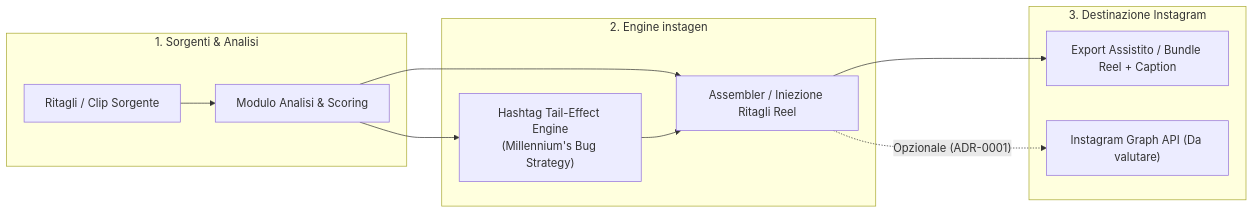
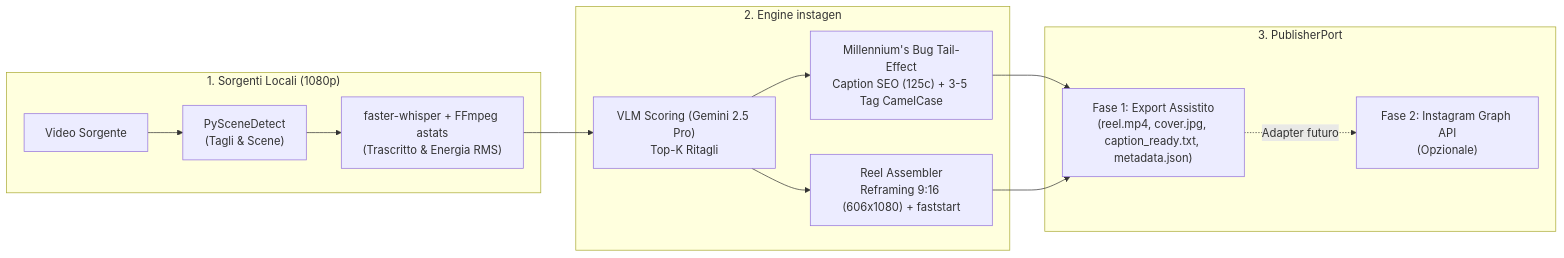
Before and after one commit to Noobucodonosor/instagen: the diagram in docs/adr/README.md, drawn with Mermaid. The commit also changed other lines of this file and 2 other files, not shown here.

Commit message:
docs(TASK-CORE-01): accept ADR-0001 core architecture and close discovery (closes #1)

````diff
--- a/docs/adr/README.md
+++ b/docs/adr/README.md
@@ -17,24 +17,26 @@
 ```mermaid
 flowchart LR
-  subgraph Input["1. Sorgenti & Analisi"]
-    SRC["Ritagli / Clip Sorgente"]
-    ANL["Modulo Analisi & Scoring"]
+  subgraph Input["1. Sorgenti Locali (1080p)"]
+    SRC["Video Sorgente"]
+    SEG["PySceneDetect\n(Tagli & Scene)"]
+    AUD["faster-whisper + FFmpeg astats\n(Trascritto & Energia RMS)"]
   end
 
   subgraph Core["2. Engine instagen"]
-    HASH["Hashtag Tail-Effect Engine\n(Millennium's Bug Strategy)"]
-    EDIT["Assembler / Iniezione Ritagli Reel"]
+    VLM["VLM Scoring (Gemini 2.5 Pro)\nTop-K Ritagli"]
+    HASH["Millennium's Bug Tail-Effect\nCaption SEO (125c) + 3-5 Tag CamelCase"]
+    EDIT["Reel Assembler\nReframing 9:16 (606x1080) + faststart"]
   end
 
-  subgraph Output["3. Destinazione Instagram"]
-    EXP["Export Assistito / Bundle Reel + Caption"]
-    API["Instagram Graph API (Da valutare)"]
+  subgraph Output["3. PublisherPort"]
+    EXP["Fase 1: Export Assistito\n(reel.mp4, cover.jpg, caption_ready.txt, metadata.json)"]
+    API["Fase 2: Instagram Graph API\n(Opzionale)"]
   end
 
-  SRC --> ANL
-  ANL --> HASH
-  ANL --> EDIT
-  HASH --> EDIT
+  SRC --> SEG --> AUD --> VLM
+  VLM --> EDIT
+  VLM --> HASH
+  HASH --> EXP
   EDIT --> EXP
-  EDIT -.->|"Opzionale (ADR-0001)"| API
+  EXP -.->|"Adapter futuro"| API
 ```
````
